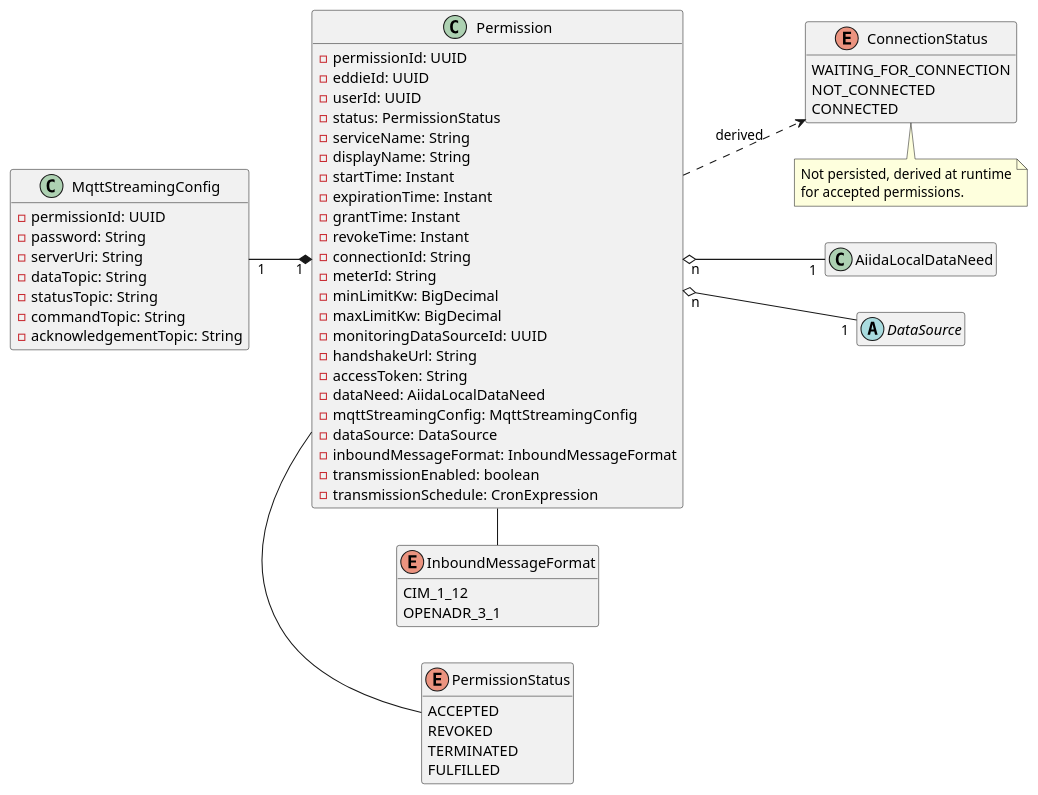
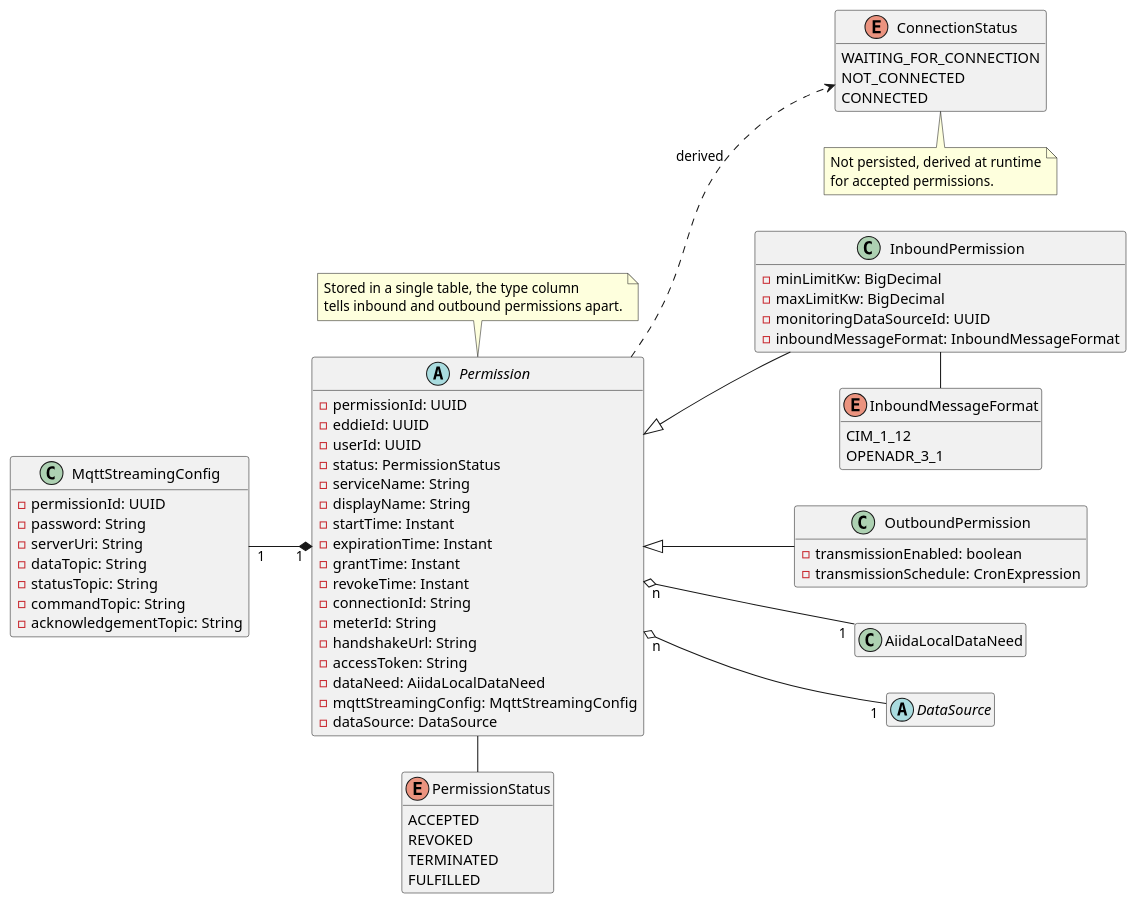
Before and after one commit to eddie-energy/eddie: the diagram in aiida/docs/diagrams/aiida-class-diagram-permission.puml, drawn with PlantUML. The commit also changed 3 other files, not shown here.

First line of the commit message:
docs(aiida): Document inbound and outbound permission subtypes

```diff
--- a/aiida/docs/diagrams/aiida-class-diagram-permission.puml
+++ b/aiida/docs/diagrams/aiida-class-diagram-permission.puml
@@ -4,78 +4,91 @@
 @startuml
 'https://plantuml.com/class-diagram
 
 hide empty members
 left to right direction
 
-class Permission {
+abstract class Permission {
     - permissionId: UUID
     - eddieId: UUID
     - userId: UUID
     - status: PermissionStatus
     - serviceName: String
     - displayName: String
     - startTime: Instant
     - expirationTime: Instant
     - grantTime: Instant
     - revokeTime: Instant
     - connectionId: String
     - meterId: String
-    - minLimitKw: BigDecimal
-    - maxLimitKw: BigDecimal
-    - monitoringDataSourceId: UUID
     - handshakeUrl: String
     - accessToken: String
     - dataNeed: AiidaLocalDataNeed
     - mqttStreamingConfig: MqttStreamingConfig
     - dataSource: DataSource
+}
+
+note top of Permission
+    Stored in a single table, the type column
+    tells inbound and outbound permissions apart.
+end note
+
+class InboundPermission {
+    - minLimitKw: BigDecimal
+    - maxLimitKw: BigDecimal
+    - monitoringDataSourceId: UUID
     - inboundMessageFormat: InboundMessageFormat
+}
+
+class OutboundPermission {
     - transmissionEnabled: boolean
     - transmissionSchedule: CronExpression
 }
 
 class AiidaLocalDataNeed {
 }
 
 abstract class DataSource {}
 
 class MqttStreamingConfig {
     - permissionId: UUID
     - password: String
     - serverUri: String
     - dataTopic: String
     - statusTopic: String
     - commandTopic: String
     - acknowledgementTopic: String
 }
 
 enum PermissionStatus {
     ACCEPTED
     REVOKED
     TERMINATED
     FULFILLED
 }
 
 enum ConnectionStatus {
     WAITING_FOR_CONNECTION
     NOT_CONNECTED
     CONNECTED
 }
 
 note bottom of ConnectionStatus
     Not persisted, derived at runtime
     for accepted permissions.
 end note
 
 enum InboundMessageFormat {
     CIM_1_12
     OPENADR_3_1
 }
 
+Permission <|-- InboundPermission
+Permission <|-- OutboundPermission
 Permission "n" o-- "1" AiidaLocalDataNeed
 Permission - PermissionStatus
 Permission ..> ConnectionStatus : derived
-Permission - InboundMessageFormat
+InboundPermission - InboundMessageFormat
 Permission "1" *-up- "1" MqttStreamingConfig
 Permission "n" o-- "1" DataSource
 
 @enduml
```
